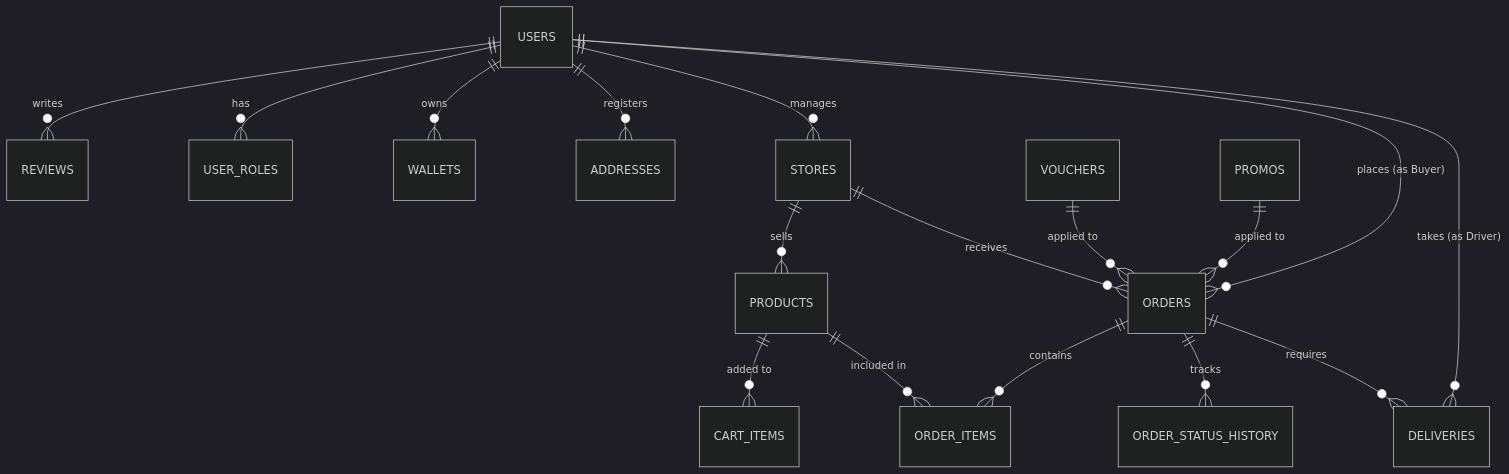
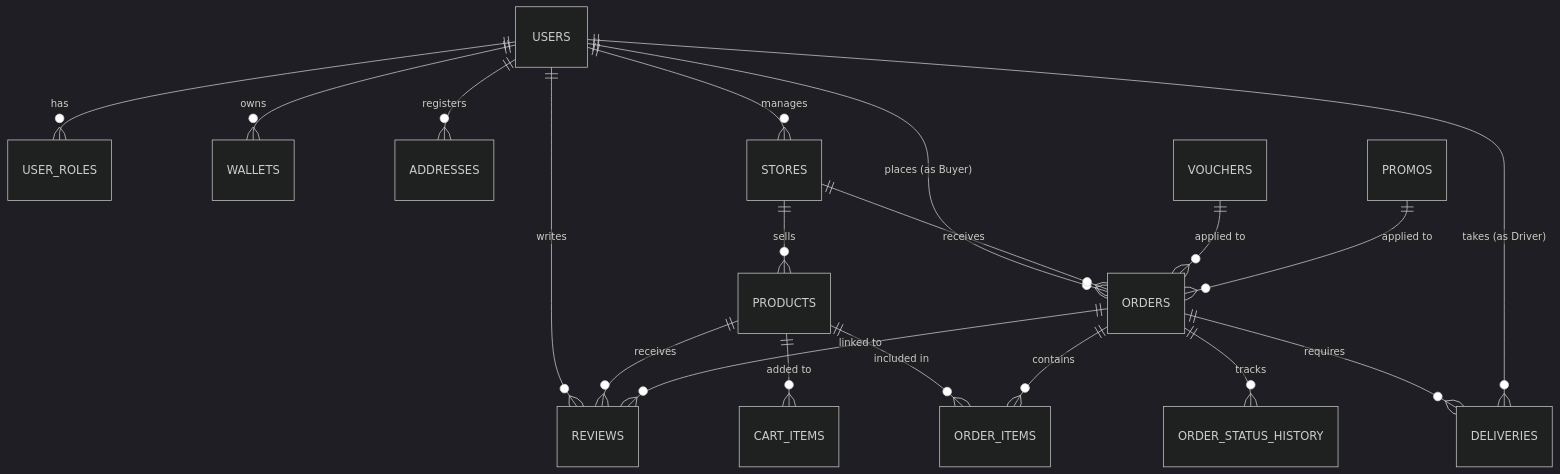
One commit to RenBaelish/SEAPEDIA changed the diagram in docs/SYSTEM_DESIGN.md. Above: the diagram before and after it, drawn with Mermaid (dark theme). The commit also changed other lines of this file and 1 other file, not shown here.

Commit message:
docs: update flow and system design with reviews and rate limiting

````diff
--- a/docs/SYSTEM_DESIGN.md
+++ b/docs/SYSTEM_DESIGN.md
@@ -56,24 +62,26 @@
 ```mermaid
 erDiagram
     USERS ||--o{ REVIEWS : "writes"
     USERS ||--o{ USER_ROLES : "has"
     USERS ||--o{ WALLETS : "owns"
     USERS ||--o{ ADDRESSES : "registers"
     USERS ||--o{ STORES : "manages"
     USERS ||--o{ ORDERS : "places (as Buyer)"
   
     STORES ||--o{ PRODUCTS : "sells"
     STORES ||--o{ ORDERS : "receives"
   
     PRODUCTS ||--o{ CART_ITEMS : "added to"
     PRODUCTS ||--o{ ORDER_ITEMS : "included in"
+    PRODUCTS ||--o{ REVIEWS : "receives"
   
     ORDERS ||--o{ ORDER_ITEMS : "contains"
     ORDERS ||--o{ ORDER_STATUS_HISTORY : "tracks"
     ORDERS ||--o{ DELIVERIES : "requires"
+    ORDERS ||--o{ REVIEWS : "linked to"
   
     USERS ||--o{ DELIVERIES : "takes (as Driver)"
   
     VOUCHERS ||--o{ ORDERS : "applied to"
     PROMOS ||--o{ ORDERS : "applied to"
 ```
````
